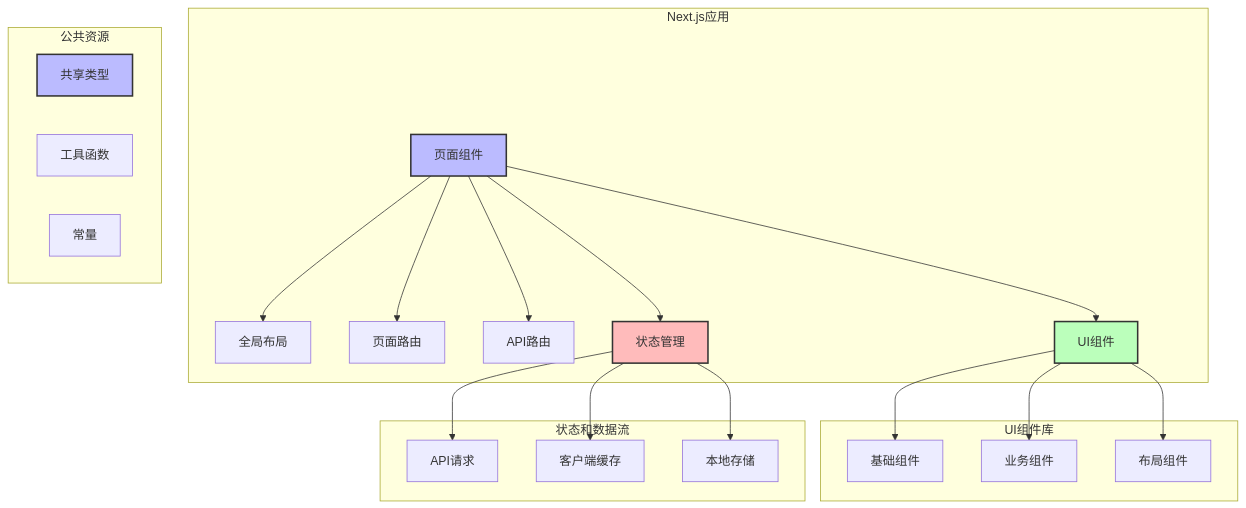
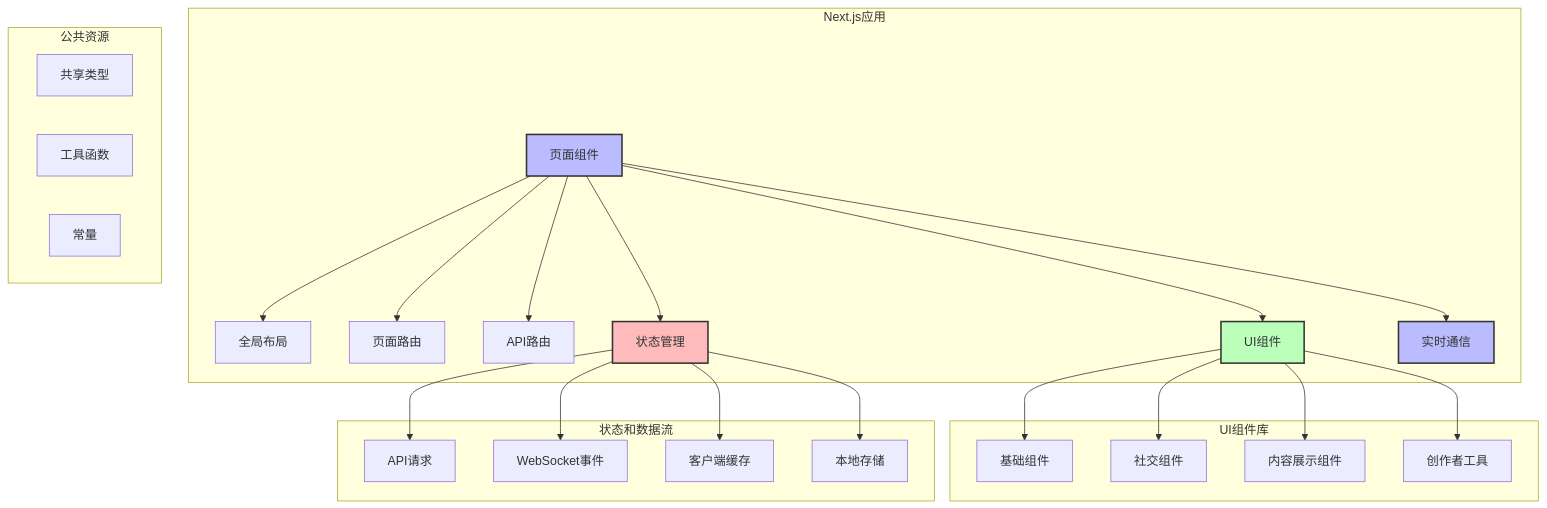
One commit to felixzhu97/social-media-project changed the fifth of 8 diagrams in docs/architecture/system-architecture.md. Above: the diagram before and after it, drawn with Mermaid. The commit also changed other lines of this file and 8 other files, not shown here.

````diff
--- a/docs/architecture/system-architecture.md
+++ b/docs/architecture/system-architecture.md
@@ -46,33 +83,36 @@
 ```mermaid
 graph TD
     subgraph "Next.js应用"
         A[页面组件] --> B[全局布局]
         A --> C[页面路由]
         A --> D[API路由]
         A --> E[状态管理]
         A --> F[UI组件]
+        A --> G[实时通信]
     end
 
     subgraph "UI组件库"
-        F --> G[基础组件]
-        F --> H[业务组件]
-        F --> I[布局组件]
+        F --> H[基础组件]
+        F --> I[社交组件]
+        F --> J[内容展示组件]
+        F --> K[创作者工具]
     end
 
     subgraph "状态和数据流"
-        E --> J[API请求]
-        E --> K[客户端缓存]
-        E --> L[本地存储]
+        E --> L[API请求]
+        E --> M[WebSocket事件]
+        E --> N[客户端缓存]
+        E --> O[本地存储]
     end
 
     subgraph "公共资源"
-        M[共享类型]
-        N[工具函数]
-        O[常量]
+        P[共享类型]
+        Q[工具函数]
+        R[常量]
     end
 
     style A fill:#bbf,stroke:#333,stroke-width:2px
     style F fill:#bfb,stroke:#333,stroke-width:2px
     style E fill:#fbb,stroke:#333,stroke-width:2px
-    style M fill:#bbf,stroke:#333,stroke-width:2px
+    style G fill:#bbf,stroke:#333,stroke-width:2px
 ```
````
